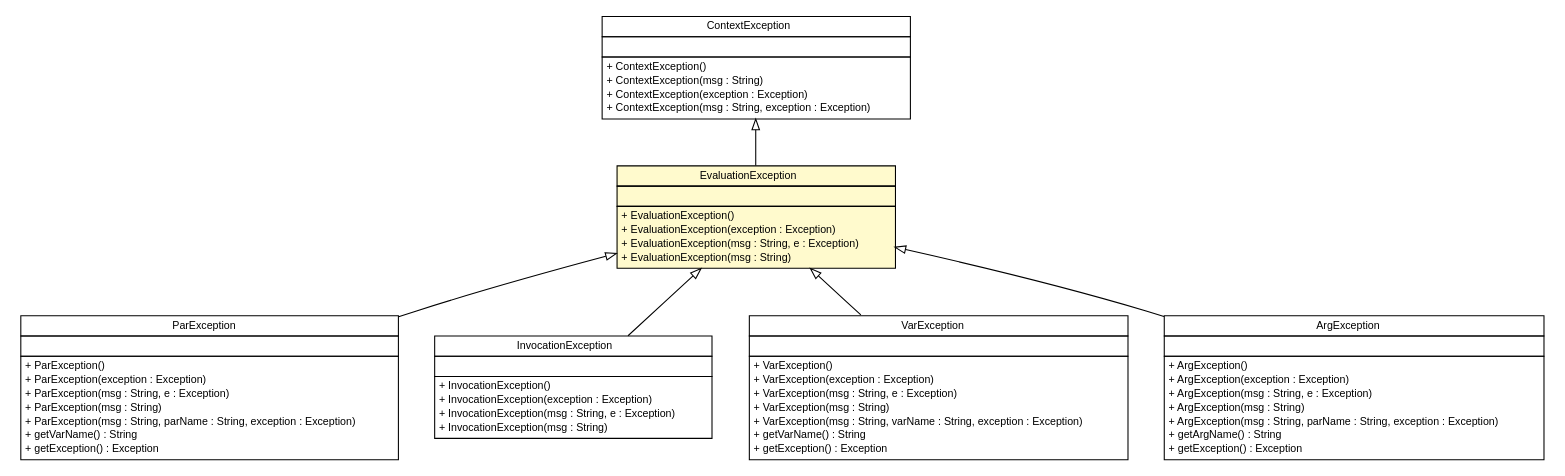
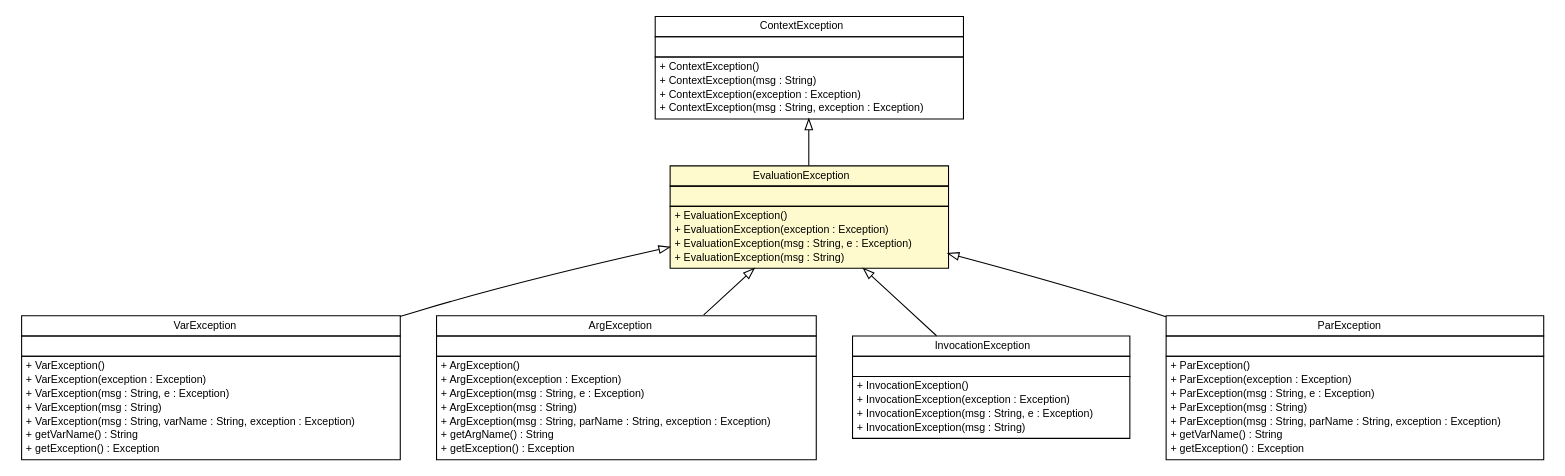
Before and after one commit to sorcersoft/sorcersoft.github.io: the diagram in apidocs/sorcer/service/EvaluationException.dot, drawn with Graphviz. The commit also changed 5034 other files, not shown here.

```diff
--- a/apidocs/sorcer/service/EvaluationException.dot
+++ b/apidocs/sorcer/service/EvaluationException.dot
@@ -9,8 +9,89 @@
 	node [fontname="Helvetica",fontsize=10,shape=plaintext];
 	nodesep=0.25;
 	ranksep=0.5;
+	// sorcer.service.VarException
+	c211296 [label=<<table title="sorcer.service.VarException" border="0" cellborder="1" cellspacing="0" cellpadding="2" port="p" href="./VarException.html">
+		<tr><td><table border="0" cellspacing="0" cellpadding="1">
+<tr><td align="center" balign="center"> VarException </td></tr>
+		</table></td></tr>
+		<tr><td><table border="0" cellspacing="0" cellpadding="1">
+<tr><td align="left" balign="left">  </td></tr>
+		</table></td></tr>
+		<tr><td><table border="0" cellspacing="0" cellpadding="1">
+<tr><td align="left" balign="left"> + VarException() </td></tr>
+<tr><td align="left" balign="left"> + VarException(exception : Exception) </td></tr>
+<tr><td align="left" balign="left"> + VarException(msg : String, e : Exception) </td></tr>
+<tr><td align="left" balign="left"> + VarException(msg : String) </td></tr>
+<tr><td align="left" balign="left"> + VarException(msg : String, varName : String, exception : Exception) </td></tr>
+<tr><td align="left" balign="left"> + getVarName() : String </td></tr>
+<tr><td align="left" balign="left"> + getException() : Exception </td></tr>
+		</table></td></tr>
+		</table>>, URL="./VarException.html", fontname="Helvetica", fontcolor="black", fontsize=10.0];
+	// sorcer.service.ContextException
+	c211308 [label=<<table title="sorcer.service.ContextException" border="0" cellborder="1" cellspacing="0" cellpadding="2" port="p" href="./ContextException.html">
+		<tr><td><table border="0" cellspacing="0" cellpadding="1">
+<tr><td align="center" balign="center"> ContextException </td></tr>
+		</table></td></tr>
+		<tr><td><table border="0" cellspacing="0" cellpadding="1">
+<tr><td align="left" balign="left">  </td></tr>
+		</table></td></tr>
+		<tr><td><table border="0" cellspacing="0" cellpadding="1">
+<tr><td align="left" balign="left"> + ContextException() </td></tr>
+<tr><td align="left" balign="left"> + ContextException(msg : String) </td></tr>
+<tr><td align="left" balign="left"> + ContextException(exception : Exception) </td></tr>
+<tr><td align="left" balign="left"> + ContextException(msg : String, exception : Exception) </td></tr>
+		</table></td></tr>
+		</table>>, URL="./ContextException.html", fontname="Helvetica", fontcolor="black", fontsize=10.0];
+	// sorcer.service.ArgException
+	c211316 [label=<<table title="sorcer.service.ArgException" border="0" cellborder="1" cellspacing="0" cellpadding="2" port="p" href="./ArgException.html">
+		<tr><td><table border="0" cellspacing="0" cellpadding="1">
+<tr><td align="center" balign="center"> ArgException </td></tr>
+		</table></td></tr>
+		<tr><td><table border="0" cellspacing="0" cellpadding="1">
+<tr><td align="left" balign="left">  </td></tr>
+		</table></td></tr>
+		<tr><td><table border="0" cellspacing="0" cellpadding="1">
+<tr><td align="left" balign="left"> + ArgException() </td></tr>
+<tr><td align="left" balign="left"> + ArgException(exception : Exception) </td></tr>
+<tr><td align="left" balign="left"> + ArgException(msg : String, e : Exception) </td></tr>
+<tr><td align="left" balign="left"> + ArgException(msg : String) </td></tr>
+<tr><td align="left" balign="left"> + ArgException(msg : String, parName : String, exception : Exception) </td></tr>
+<tr><td align="left" balign="left"> + getArgName() : String </td></tr>
+<tr><td align="left" balign="left"> + getException() : Exception </td></tr>
+		</table></td></tr>
+		</table>>, URL="./ArgException.html", fontname="Helvetica", fontcolor="black", fontsize=10.0];
+	// sorcer.service.InvocationException
+	c211320 [label=<<table title="sorcer.service.InvocationException" border="0" cellborder="1" cellspacing="0" cellpadding="2" port="p" href="./InvocationException.html">
+		<tr><td><table border="0" cellspacing="0" cellpadding="1">
+<tr><td align="center" balign="center"> InvocationException </td></tr>
+		</table></td></tr>
+		<tr><td><table border="0" cellspacing="0" cellpadding="1">
+<tr><td align="left" balign="left">  </td></tr>
+		</table></td></tr>
+		<tr><td><table border="0" cellspacing="0" cellpadding="1">
+<tr><td align="left" balign="left"> + InvocationException() </td></tr>
+<tr><td align="left" balign="left"> + InvocationException(exception : Exception) </td></tr>
+<tr><td align="left" balign="left"> + InvocationException(msg : String, e : Exception) </td></tr>
+<tr><td align="left" balign="left"> + InvocationException(msg : String) </td></tr>
+		</table></td></tr>
+		</table>>, URL="./InvocationException.html", fontname="Helvetica", fontcolor="black", fontsize=10.0];
+	// sorcer.service.EvaluationException
+	c211330 [label=<<table title="sorcer.service.EvaluationException" border="0" cellborder="1" cellspacing="0" cellpadding="2" port="p" bgcolor="lemonChiffon" href="./EvaluationException.html">
+		<tr><td><table border="0" cellspacing="0" cellpadding="1">
+<tr><td align="center" balign="center"> EvaluationException </td></tr>
+		</table></td></tr>
+		<tr><td><table border="0" cellspacing="0" cellpadding="1">
+<tr><td align="left" balign="left">  </td></tr>
+		</table></td></tr>
+		<tr><td><table border="0" cellspacing="0" cellpadding="1">
+<tr><td align="left" balign="left"> + EvaluationException() </td></tr>
+<tr><td align="left" balign="left"> + EvaluationException(exception : Exception) </td></tr>
+<tr><td align="left" balign="left"> + EvaluationException(msg : String, e : Exception) </td></tr>
+<tr><td align="left" balign="left"> + EvaluationException(msg : String) </td></tr>
+		</table></td></tr>
+		</table>>, URL="./EvaluationException.html", fontname="Helvetica", fontcolor="black", fontsize=10.0];
 	// sorcer.core.context.model.par.ParException
-	c184504 [label=<<table title="sorcer.core.context.model.par.ParException" border="0" cellborder="1" cellspacing="0" cellpadding="2" port="p" href="../core/context/model/par/ParException.html">
+	c211398 [label=<<table title="sorcer.core.context.model.par.ParException" border="0" cellborder="1" cellspacing="0" cellpadding="2" port="p" href="../core/context/model/par/ParException.html">
 		<tr><td><table border="0" cellspacing="0" cellpadding="1">
 <tr><td align="center" balign="center"> ParException </td></tr>
 		</table></td></tr>
@@ -27,95 +108,14 @@
 <tr><td align="left" balign="left"> + getException() : Exception </td></tr>
 		</table></td></tr>
 		</table>>, URL="../core/context/model/par/ParException.html", fontname="Helvetica", fontcolor="black", fontsize=10.0];
-	// sorcer.service.InvocationException
-	c184564 [label=<<table title="sorcer.service.InvocationException" border="0" cellborder="1" cellspacing="0" cellpadding="2" port="p" href="./InvocationException.html">
-		<tr><td><table border="0" cellspacing="0" cellpadding="1">
-<tr><td align="center" balign="center"> InvocationException </td></tr>
-		</table></td></tr>
-		<tr><td><table border="0" cellspacing="0" cellpadding="1">
-<tr><td align="left" balign="left">  </td></tr>
-		</table></td></tr>
-		<tr><td><table border="0" cellspacing="0" cellpadding="1">
-<tr><td align="left" balign="left"> + InvocationException() </td></tr>
-<tr><td align="left" balign="left"> + InvocationException(exception : Exception) </td></tr>
-<tr><td align="left" balign="left"> + InvocationException(msg : String, e : Exception) </td></tr>
-<tr><td align="left" balign="left"> + InvocationException(msg : String) </td></tr>
-		</table></td></tr>
-		</table>>, URL="./InvocationException.html", fontname="Helvetica", fontcolor="black", fontsize=10.0];
-	// sorcer.service.VarException
-	c184603 [label=<<table title="sorcer.service.VarException" border="0" cellborder="1" cellspacing="0" cellpadding="2" port="p" href="./VarException.html">
-		<tr><td><table border="0" cellspacing="0" cellpadding="1">
-<tr><td align="center" balign="center"> VarException </td></tr>
-		</table></td></tr>
-		<tr><td><table border="0" cellspacing="0" cellpadding="1">
-<tr><td align="left" balign="left">  </td></tr>
-		</table></td></tr>
-		<tr><td><table border="0" cellspacing="0" cellpadding="1">
-<tr><td align="left" balign="left"> + VarException() </td></tr>
-<tr><td align="left" balign="left"> + VarException(exception : Exception) </td></tr>
-<tr><td align="left" balign="left"> + VarException(msg : String, e : Exception) </td></tr>
-<tr><td align="left" balign="left"> + VarException(msg : String) </td></tr>
-<tr><td align="left" balign="left"> + VarException(msg : String, varName : String, exception : Exception) </td></tr>
-<tr><td align="left" balign="left"> + getVarName() : String </td></tr>
-<tr><td align="left" balign="left"> + getException() : Exception </td></tr>
-		</table></td></tr>
-		</table>>, URL="./VarException.html", fontname="Helvetica", fontcolor="black", fontsize=10.0];
-	// sorcer.service.ArgException
-	c184606 [label=<<table title="sorcer.service.ArgException" border="0" cellborder="1" cellspacing="0" cellpadding="2" port="p" href="./ArgException.html">
-		<tr><td><table border="0" cellspacing="0" cellpadding="1">
-<tr><td align="center" balign="center"> ArgException </td></tr>
-		</table></td></tr>
-		<tr><td><table border="0" cellspacing="0" cellpadding="1">
-<tr><td align="left" balign="left">  </td></tr>
-		</table></td></tr>
-		<tr><td><table border="0" cellspacing="0" cellpadding="1">
-<tr><td align="left" balign="left"> + ArgException() </td></tr>
-<tr><td align="left" balign="left"> + ArgException(exception : Exception) </td></tr>
-<tr><td align="left" balign="left"> + ArgException(msg : String, e : Exception) </td></tr>
-<tr><td align="left" balign="left"> + ArgException(msg : String) </td></tr>
-<tr><td align="left" balign="left"> + ArgException(msg : String, parName : String, exception : Exception) </td></tr>
-<tr><td align="left" balign="left"> + getArgName() : String </td></tr>
-<tr><td align="left" balign="left"> + getException() : Exception </td></tr>
-		</table></td></tr>
-		</table>>, URL="./ArgException.html", fontname="Helvetica", fontcolor="black", fontsize=10.0];
-	// sorcer.service.EvaluationException
-	c184620 [label=<<table title="sorcer.service.EvaluationException" border="0" cellborder="1" cellspacing="0" cellpadding="2" port="p" bgcolor="lemonChiffon" href="./EvaluationException.html">
-		<tr><td><table border="0" cellspacing="0" cellpadding="1">
-<tr><td align="center" balign="center"> EvaluationException </td></tr>
-		</table></td></tr>
-		<tr><td><table border="0" cellspacing="0" cellpadding="1">
-<tr><td align="left" balign="left">  </td></tr>
-		</table></td></tr>
-		<tr><td><table border="0" cellspacing="0" cellpadding="1">
-<tr><td align="left" balign="left"> + EvaluationException() </td></tr>
-<tr><td align="left" balign="left"> + EvaluationException(exception : Exception) </td></tr>
-<tr><td align="left" balign="left"> + EvaluationException(msg : String, e : Exception) </td></tr>
-<tr><td align="left" balign="left"> + EvaluationException(msg : String) </td></tr>
-		</table></td></tr>
-		</table>>, URL="./EvaluationException.html", fontname="Helvetica", fontcolor="black", fontsize=10.0];
-	// sorcer.service.ContextException
-	c184622 [label=<<table title="sorcer.service.ContextException" border="0" cellborder="1" cellspacing="0" cellpadding="2" port="p" href="./ContextException.html">
-		<tr><td><table border="0" cellspacing="0" cellpadding="1">
-<tr><td align="center" balign="center"> ContextException </td></tr>
-		</table></td></tr>
-		<tr><td><table border="0" cellspacing="0" cellpadding="1">
-<tr><td align="left" balign="left">  </td></tr>
-		</table></td></tr>
-		<tr><td><table border="0" cellspacing="0" cellpadding="1">
-<tr><td align="left" balign="left"> + ContextException() </td></tr>
-<tr><td align="left" balign="left"> + ContextException(msg : String) </td></tr>
-<tr><td align="left" balign="left"> + ContextException(exception : Exception) </td></tr>
-<tr><td align="left" balign="left"> + ContextException(msg : String, exception : Exception) </td></tr>
-		</table></td></tr>
-		</table>>, URL="./ContextException.html", fontname="Helvetica", fontcolor="black", fontsize=10.0];
+	//sorcer.service.VarException extends sorcer.service.EvaluationException
+	c211330:p -> c211296:p [dir=back,arrowtail=empty];
+	//sorcer.service.ArgException extends sorcer.service.EvaluationException
+	c211330:p -> c211316:p [dir=back,arrowtail=empty];
+	//sorcer.service.InvocationException extends sorcer.service.EvaluationException
+	c211330:p -> c211320:p [dir=back,arrowtail=empty];
+	//sorcer.service.EvaluationException extends sorcer.service.ContextException
+	c211308:p -> c211330:p [dir=back,arrowtail=empty];
 	//sorcer.core.context.model.par.ParException extends sorcer.service.EvaluationException
-	c184620:p -> c184504:p [dir=back,arrowtail=empty];
-	//sorcer.service.InvocationException extends sorcer.service.EvaluationException
-	c184620:p -> c184564:p [dir=back,arrowtail=empty];
-	//sorcer.service.VarException extends sorcer.service.EvaluationException
-	c184620:p -> c184603:p [dir=back,arrowtail=empty];
-	//sorcer.service.ArgException extends sorcer.service.EvaluationException
-	c184620:p -> c184606:p [dir=back,arrowtail=empty];
-	//sorcer.service.EvaluationException extends sorcer.service.ContextException
-	c184622:p -> c184620:p [dir=back,arrowtail=empty];
+	c211330:p -> c211398:p [dir=back,arrowtail=empty];
 }
```
